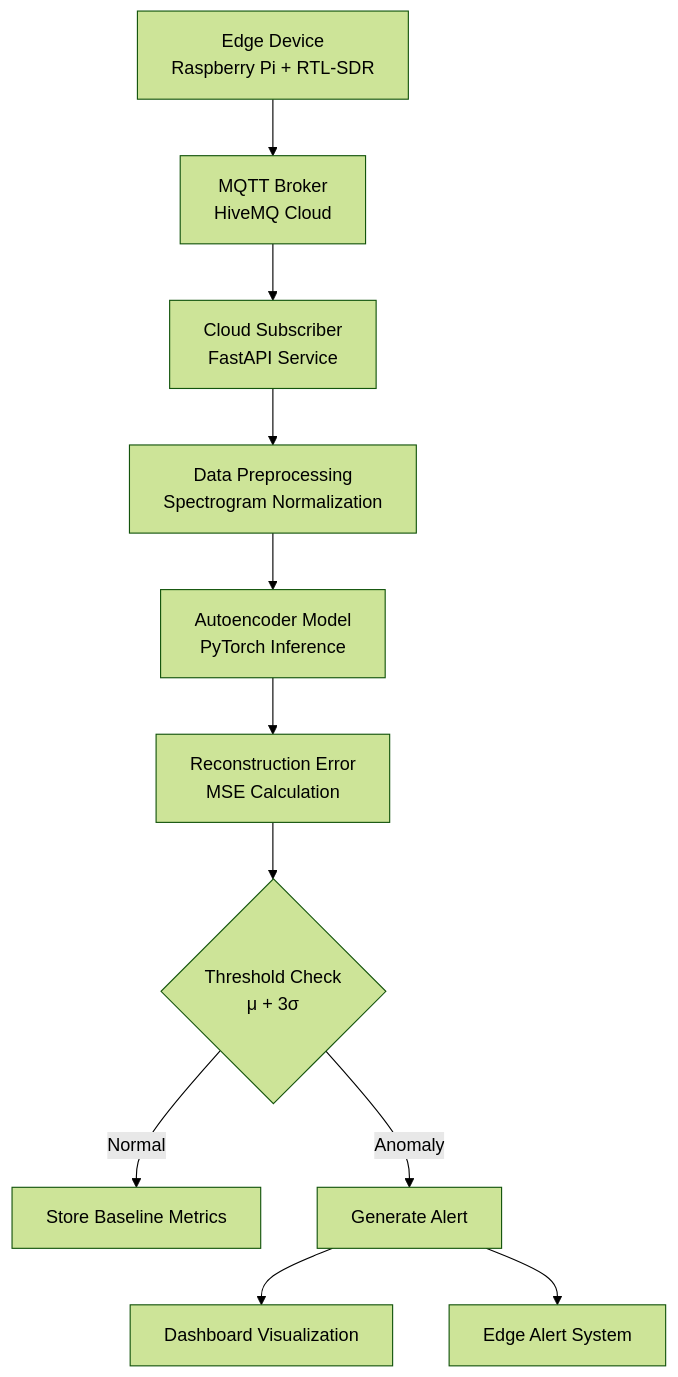
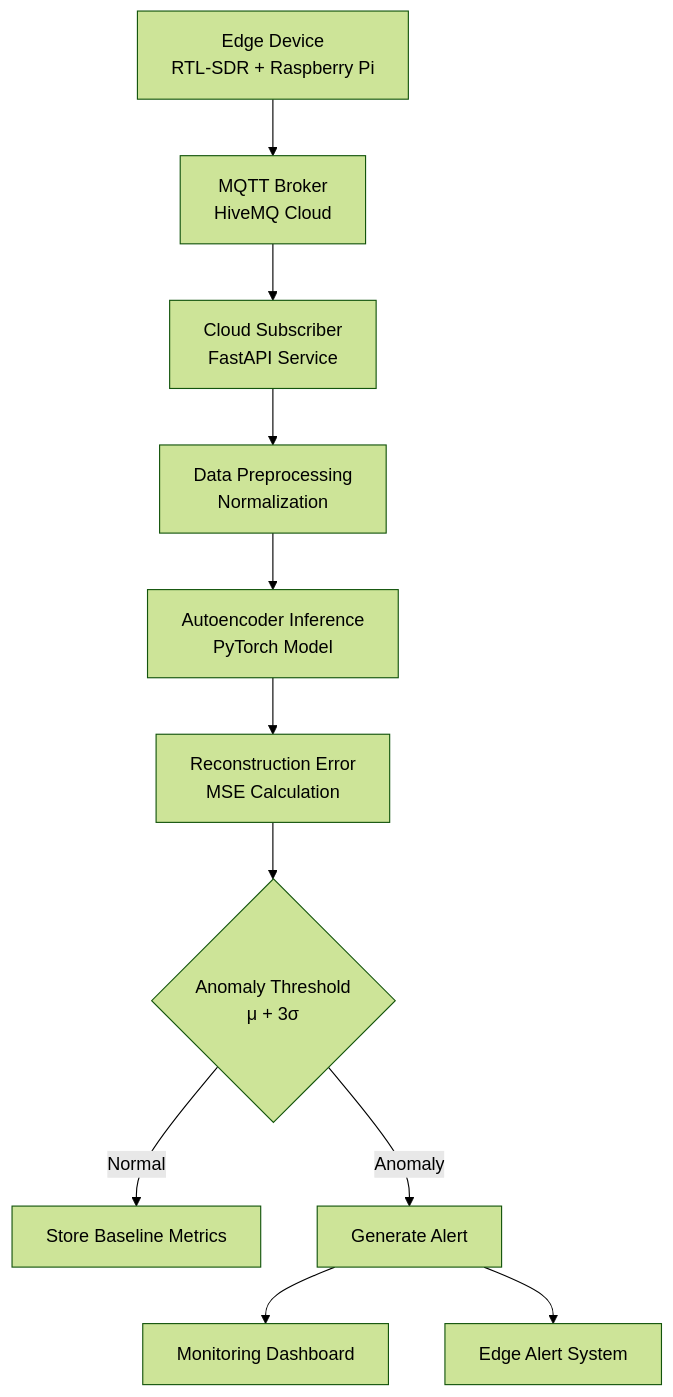
One commit to KnowME-AS-Aditya/Rf-spectrum-anomaly-hunter changed the first of 2 diagrams in research/ml_cloud_architecture.md. Above: the diagram before and after it, drawn with Mermaid (forest theme). The commit also changed other lines of this file, not shown here.

Commit message:
Improve ML research documentation with detailed autoencoder architecture and training explanation

````diff
--- a/research/ml_cloud_architecture.md
+++ b/research/ml_cloud_architecture.md
@@ -77,23 +44,23 @@
-``` mermaid
+```mermaid
 flowchart TD
 
-A[Edge Device<br>Raspberry Pi + RTL‑SDR] --> B[MQTT Broker<br>HiveMQ Cloud]
+A[Edge Device<br>RTL-SDR + Raspberry Pi] --> B[MQTT Broker<br>HiveMQ Cloud]
 
 B --> C[Cloud Subscriber<br>FastAPI Service]
 
-C --> D[Data Preprocessing<br>Spectrogram Normalization]
+C --> D[Data Preprocessing<br>Normalization]
 
-D --> E[Autoencoder Model<br>PyTorch Inference]
+D --> E[Autoencoder Inference<br>PyTorch Model]
 
 E --> F[Reconstruction Error<br>MSE Calculation]
 
-F --> G{Threshold Check<br>μ + 3σ}
+F --> G{Anomaly Threshold<br>μ + 3σ}
 
 G -->|Normal| H[Store Baseline Metrics]
 
 G -->|Anomaly| I[Generate Alert]
 
-I --> J[Dashboard Visualization]
+I --> J[Monitoring Dashboard]
 
 I --> K[Edge Alert System]
 ```
````
